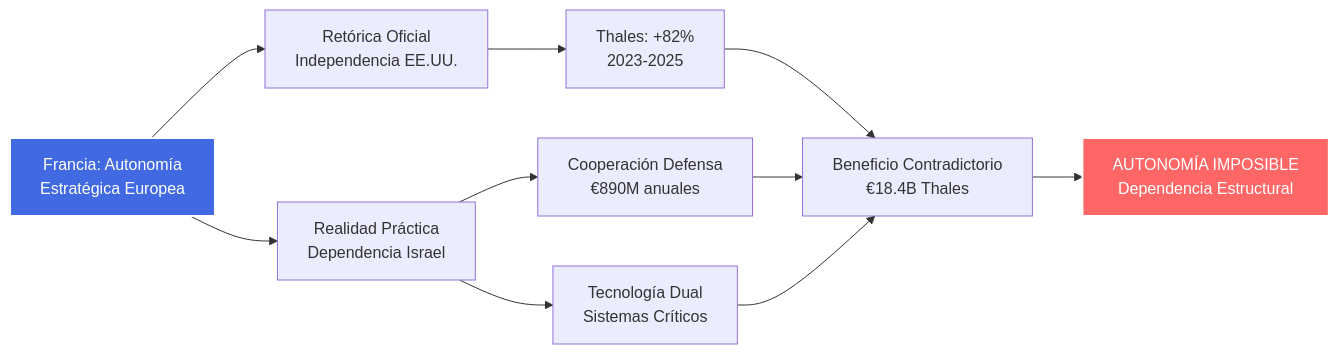
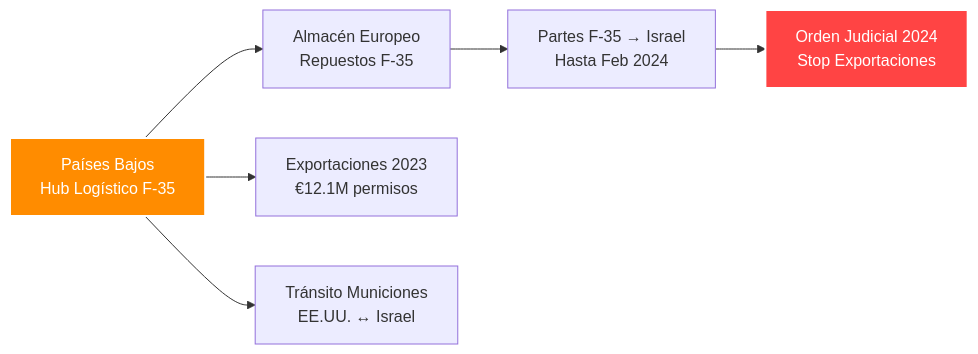
One commit to perpetuocambio/annotations changed diagram 15 of 54 in intel/israel_geopolitical_analysis.md. Above: the diagram before and after it, drawn with Mermaid. The commit also changed other lines of this file, not shown here.

````diff
--- a/intel/israel_geopolitical_analysis.md
+++ b/intel/israel_geopolitical_analysis.md
@@ -695,18 +533,10 @@
 ```mermaid
 flowchart LR
-    A[Francia: Autonomía<br/>Estratégica Europea] --> B[Retórica Oficial<br/>Independencia EE.UU.]
-    A --> C[Realidad Práctica<br/>Dependencia Israel]
-
-    B --> D[Thales: +82%<br>2023-2025]
-    C --> E[Cooperación Defensa<br/>€890M anuales]
-    C --> F[Tecnología Dual<br/>Sistemas Críticos]
-
-    D --> G[Beneficio Contradictorio<br/>€18.4B Thales]
-    E --> G
-    F --> G
-
-    G --> H[AUTONOMÍA IMPOSIBLE<br/>Dependencia Estructural]
-
-    style A fill:#4169e1,stroke:#fff,stroke-width:2px,color:#fff
-    style H fill:#ff6666,stroke:#fff,stroke-width:2px,color:#fff
+    A[Países Bajos<br/>Hub Logístico F-35] --> B[Almacén Europeo<br/>Repuestos F-35]
+    A --> C[Exportaciones 2023<br/>€12.1M permisos]
+    A --> D[Tránsito Municiones<br/>EE.UU. ↔ Israel]
+    B --> E[Partes F-35 → Israel<br/>Hasta Feb 2024]
+    E --> H[Orden Judicial 2024<br/>Stop Exportaciones]
+    style A fill:#ff8c00,stroke:#fff,stroke-width:2px,color:#fff
+    style H fill:#ff4444,stroke:#fff,stroke-width:2px,color:#fff
 ```
````
